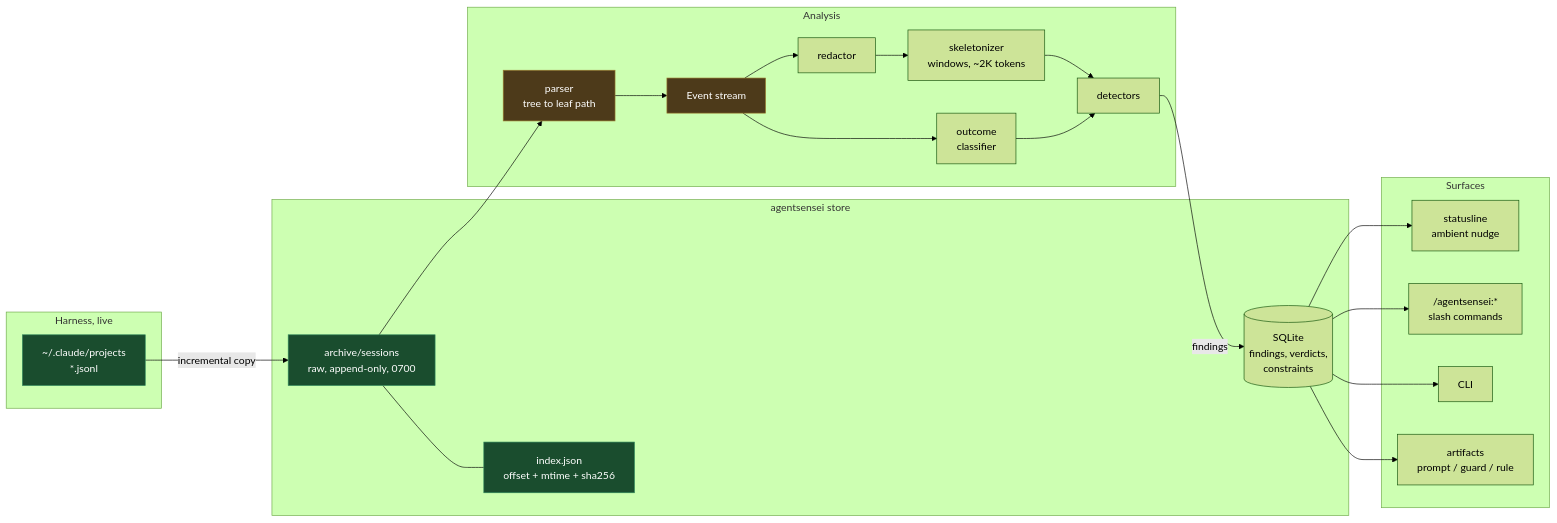
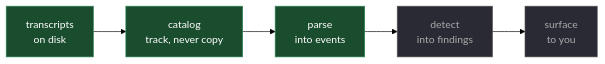
Before and after one commit to vibesenpai/vibesenpai: the first of 7 diagrams in docs/architecture.md, drawn with Mermaid (forest theme). The commit also changed other lines of this file and 26 other files, not shown here.

First line of the commit message:
Never copy transcripts; add parser factory and schema versioning

````diff
--- a/docs/architecture.md
+++ b/docs/architecture.md
@@ -12,44 +53,13 @@
 ```mermaid
 flowchart LR
-  subgraph live["Harness, live"]
-    CC["~/.claude/projects<br/>*.jsonl"]
-  end
-
-  subgraph store["agentsensei store"]
-    AR["archive/sessions<br/>raw, append-only, 0700"]
-    IX["index.json<br/>offset + mtime + sha256"]
-    DB[("SQLite<br/>findings, verdicts,<br/>constraints")]
-  end
-
-  subgraph pipe["Analysis"]
-    PA["parser<br/>tree to leaf path"]
-    EV["Event stream"]
-    RD["redactor"]
-    SK["skeletonizer<br/>windows, ~2K tokens"]
-    DT["detectors"]
-    OC["outcome<br/>classifier"]
-  end
-
-  subgraph out["Surfaces"]
-    ST["statusline<br/>ambient nudge"]
-    SL["/agentsensei:*<br/>slash commands"]
-    CL["CLI"]
-    AF["artifacts<br/>prompt / guard / rule"]
-  end
-
-  CC -->|"incremental copy"| AR
-  AR --- IX
-  AR --> PA --> EV --> RD --> SK --> DT
-  OC --> DT
-  EV --> OC
-  DT -->|"findings"| DB
-  DB --> ST
-  DB --> SL
-  DB --> CL
-  DB --> AF
+  A["transcripts<br/>on disk"] --> B["catalog<br/>track, never copy"]
+  B --> C["parse<br/>into events"]
+  C --> D["detect<br/>into findings"]
+  D --> E["surface<br/>to you"]
 
   classDef done fill:#1a4d2e,stroke:#2d8659,color:#fff
   classDef next fill:#4d3a1a,stroke:#997a2d,color:#fff
-  class CC,AR,IX done
-  class PA,EV next
+  classDef plan fill:#2a2a35,stroke:#555,color:#aaa
+  class A,B,C done
+  class D,E plan
 ```
````
